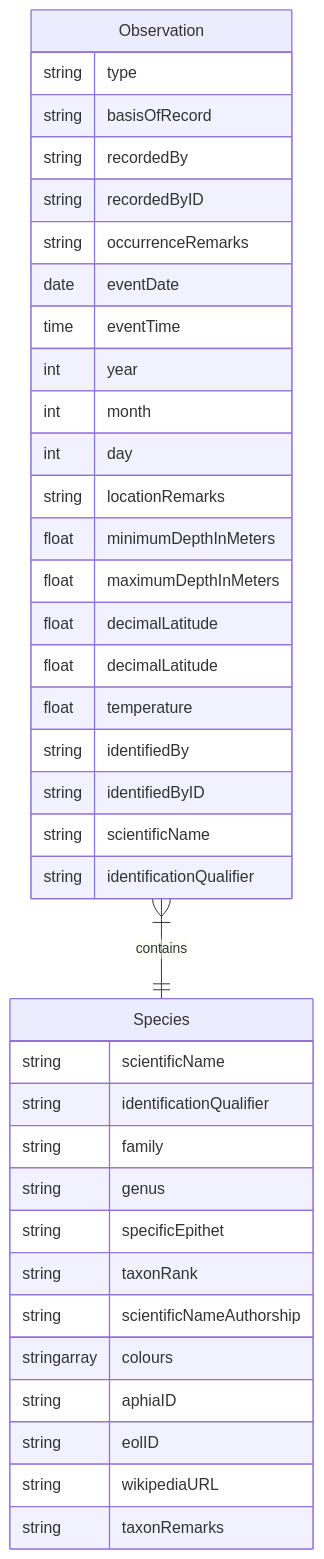
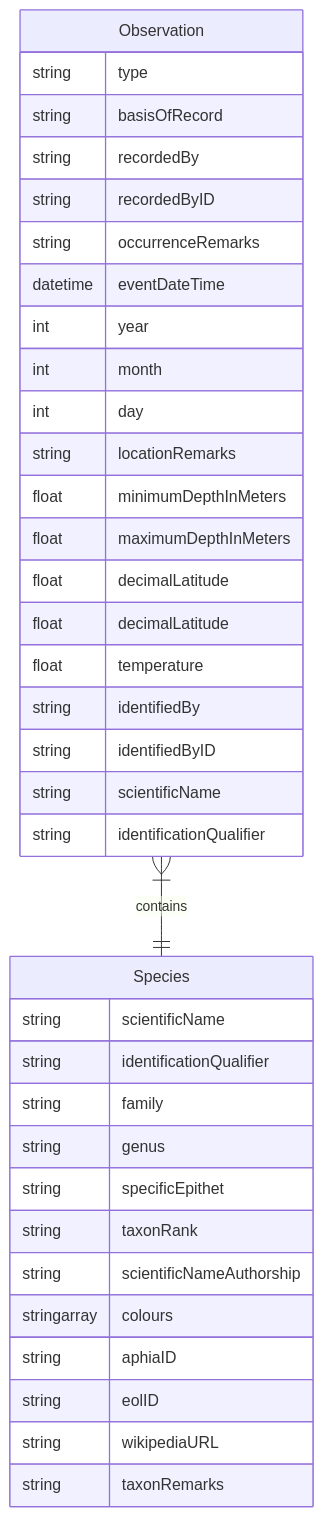
One commit to mpfl/nudis changed the diagram in design/data-model.md. Above: the diagram before and after it, drawn with Mermaid. The commit also changed 2 other files, not shown here.

Commit message:
Didn't work

````diff
--- a/design/data-model.md
+++ b/design/data-model.md
@@ -5,40 +5,39 @@
 ```mermaid
 erDiagram
     Species {
         string scientificName
         string identificationQualifier
         string family
         string genus
         string specificEpithet
         string taxonRank
         string scientificNameAuthorship
         stringarray colours
         string aphiaID
         string eolID
         string wikipediaURL
         string taxonRemarks
     }
     Observation }|--|| Species: contains
     Observation {
         string type
         string basisOfRecord
         string recordedBy
         string recordedByID
         string occurrenceRemarks
-        date eventDate
-        time eventTime
+        datetime eventDateTime
         int year
         int month
         int day
         string locationRemarks
         float minimumDepthInMeters
         float maximumDepthInMeters
         float decimalLatitude
         float decimalLatitude
         float temperature
         string identifiedBy
         string identifiedByID
         string scientificName
         string identificationQualifier
     }
 ```
````
